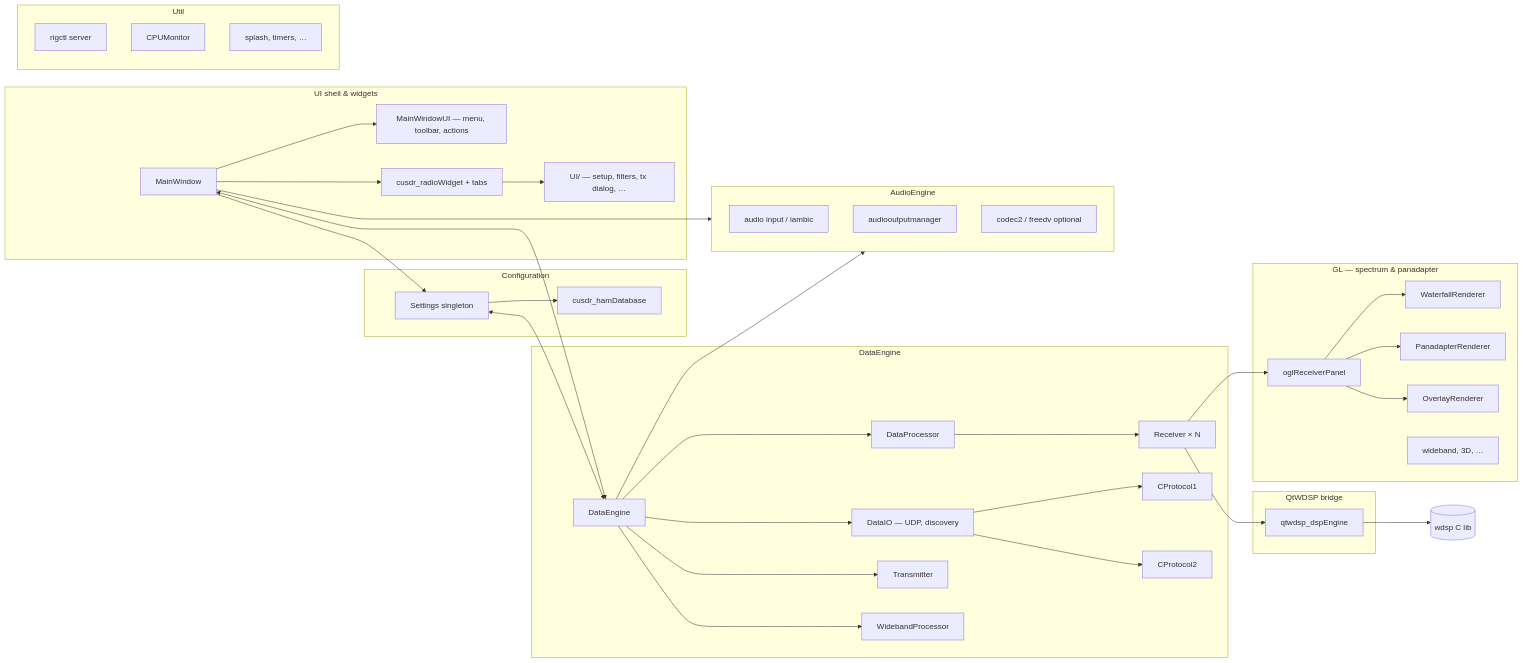
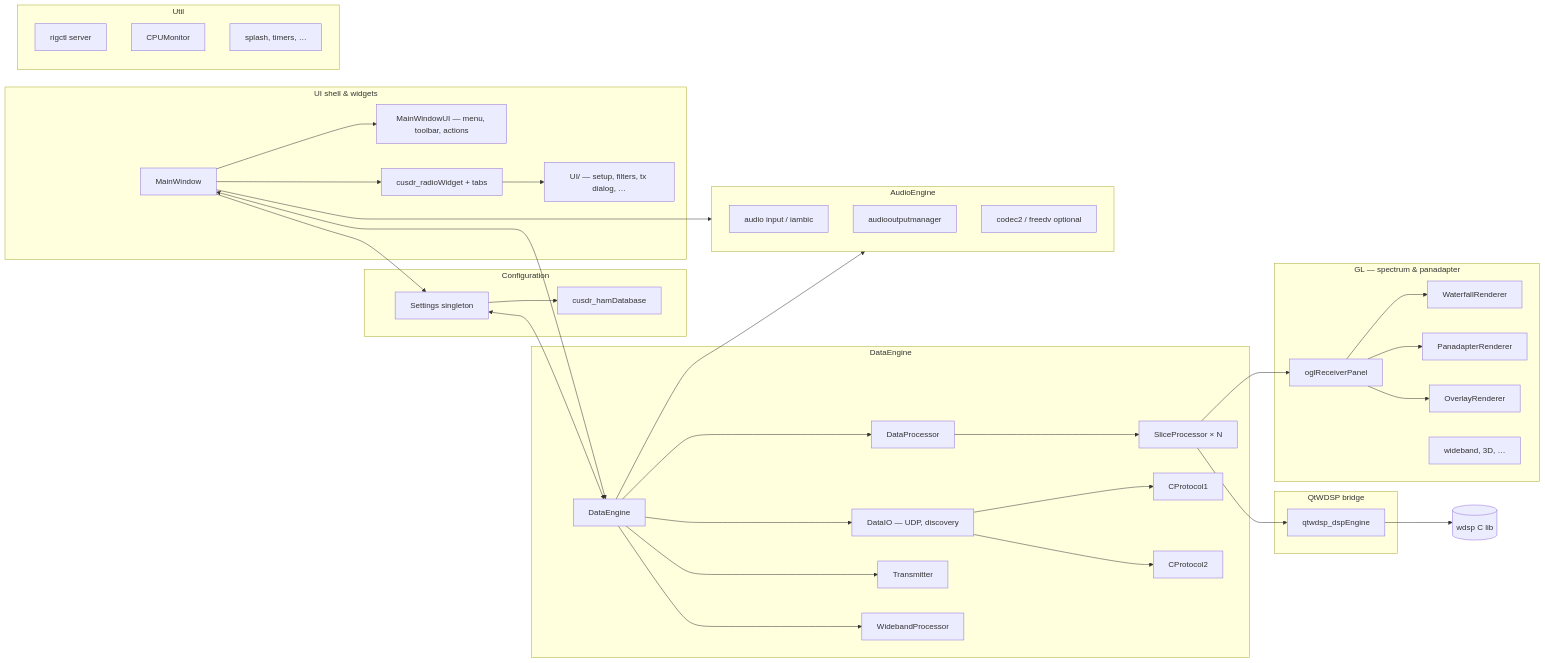
One commit to zl2brg/cudaSDR changed the second of 3 diagrams in Docs/codebase_architecture.md. Above: the diagram before and after it, drawn with Mermaid. The commit also changed other lines of this file and 36 other files, not shown here.

First line of the commit message:
Complete MVC phases 4–5: slice-first UI and SliceProcessor rename.

````diff
--- a/Docs/codebase_architecture.md
+++ b/Docs/codebase_architecture.md
@@ -43,72 +43,72 @@
 ```mermaid
 flowchart LR
   subgraph UI["UI shell & widgets"]
     MW[MainWindow]
     MWUI[MainWindowUI — menu, toolbar, actions]
     RW[cusdr_radioWidget + tabs]
     UIpkg[UI/ — setup, filters, tx dialog, …]
     MW --> MWUI
     MW --> RW
     RW --> UIpkg
   end
 
   subgraph CFG["Configuration"]
     SET[Settings singleton]
     HDB[cusdr_hamDatabase]
     MW --> SET
     SET --> HDB
   end
 
   subgraph DE["DataEngine"]
     DEng[DataEngine]
     DIO[DataIO — UDP, discovery]
     DProc[DataProcessor]
-    REC[Receiver × N]
+    SP[SliceProcessor × N]
     TX[Transmitter]
     P1[CProtocol1]
     P2[CProtocol2]
     WB[WidebandProcessor]
     DEng --> DIO
     DEng --> DProc
-    DProc --> REC
+    DProc --> SP
     DEng --> TX
     DIO --> P1
     DIO --> P2
     DEng --> WB
   end
 
   subgraph DSPB["QtWDSP bridge"]
     QWDSP[qtwdsp_dspEngine]
-    REC --> QWDSP
+    SP --> QWDSP
   end
 
   subgraph AE["AudioEngine"]
     AIN[audio input / iambic]
     AOUT[audiooutputmanager]
     CODEC[codec2 / freedv optional]
   end
 
   subgraph GL["GL — spectrum & panadapter"]
     RP[oglReceiverPanel]
     WR[WaterfallRenderer]
     PR[PanadapterRenderer]
     OR[OverlayRenderer]
     RP --> WR
     RP --> PR
     RP --> OR
     OGL[wideband, 3D, …]
   end
 
   subgraph UT["Util"]
     RIG[rigctl server]
     CPU[CPUMonitor]
     SPL[splash, timers, …]
   end
 
   SET <--> DEng
   MW <--> DEng
-  REC --> RP
+  SP --> RP
   DEng --> AE
   MW --> AE
   QWDSP --> WDSP[(wdsp C lib)]
 ```
````
